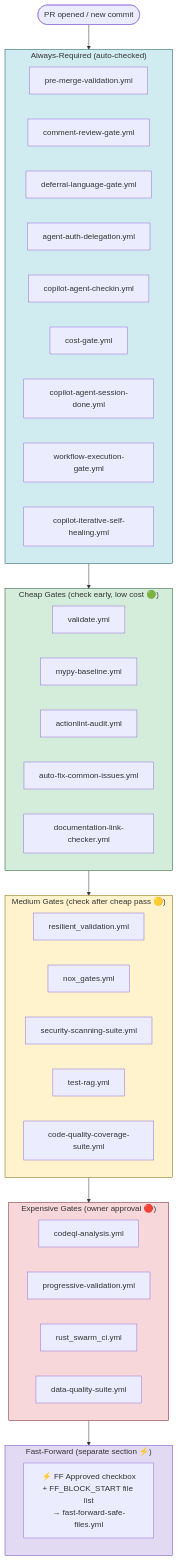
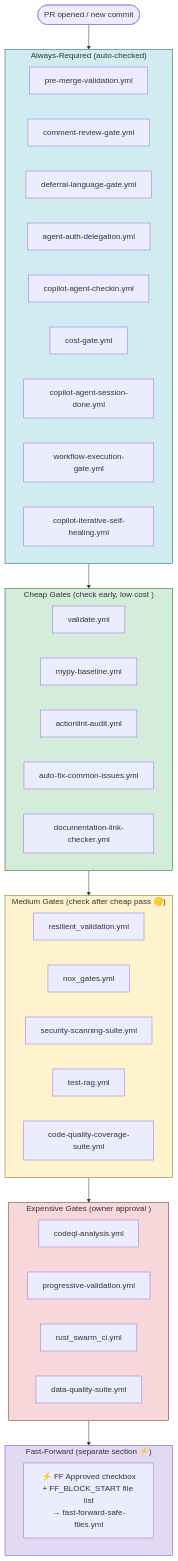
Before and after one commit to Aries-Serpent/_codex_: the seventh of 14 diagrams in docs/ci/PR_LIFECYCLE.md, drawn with Mermaid. The commit also changed other lines of this file and 2029 other files, not shown here.

````diff
--- a/docs/ci/PR_LIFECYCLE.md
+++ b/docs/ci/PR_LIFECYCLE.md
@@ -1857,54 +1859,54 @@
 ```mermaid
 %%{init: {'accessibility': {'title': 'Flowchart showing PR opened / new commit, "Always-Required (auto-checked)"'}}%%
 flowchart TD
     START([PR opened / new commit]) --> ALWAYS
     subgraph ALWAYS ["Always-Required (auto-checked)"]
         direction LR
         A1[pre-merge-validation.yml]
         A2[comment-review-gate.yml]
         A3[deferral-language-gate.yml]
         A4[agent-auth-delegation.yml]
         A5[copilot-agent-checkin.yml]
         A6[cost-gate.yml]
         A7[copilot-agent-session-done.yml]
         A8[workflow-execution-gate.yml]
         A9[copilot-iterative-self-healing.yml]
     end
 
     ALWAYS --> CHEAP
-    subgraph CHEAP ["Cheap Gates (check early, low cost 🟢)"]
+    subgraph CHEAP ["Cheap Gates (check early, low cost )"]
         C1[validate.yml]
         C2[mypy-baseline.yml]
         C3[actionlint-audit.yml]
         C4[auto-fix-common-issues.yml]
         C5[documentation-link-checker.yml]
     end
 
     CHEAP --> MEDIUM
     subgraph MEDIUM ["Medium Gates (check after cheap pass 🟡)"]
         M1[resilient_validation.yml]
         M2[nox_gates.yml]
         M3[security-scanning-suite.yml]
         M4[test-rag.yml]
         M5[code-quality-coverage-suite.yml]
     end
 
     MEDIUM --> EXPENSIVE
-    subgraph EXPENSIVE ["Expensive Gates (owner approval 🔴)"]
+    subgraph EXPENSIVE ["Expensive Gates (owner approval )"]
         E1[codeql-analysis.yml]
         E2[progressive-validation.yml]
         E3[rust_swarm_ci.yml]
         E4[data-quality-suite.yml]
     end
 
     EXPENSIVE --> FF
     subgraph FF ["Fast-Forward (separate section ⚡)"]
         F1["⚡ FF Approved checkbox\n+ FF_BLOCK_START file list\n→ fast-forward-safe-files.yml"]
     end
 
     style ALWAYS fill:#d1ecf1,stroke:#0c5460
     style CHEAP fill:#d4edda,stroke:#155724
     style MEDIUM fill:#fff3cd,stroke:#856404
     style EXPENSIVE fill:#f8d7da,stroke:#721c24
     style FF fill:#e2d9f3,stroke:#6f42c1
 ```
````
